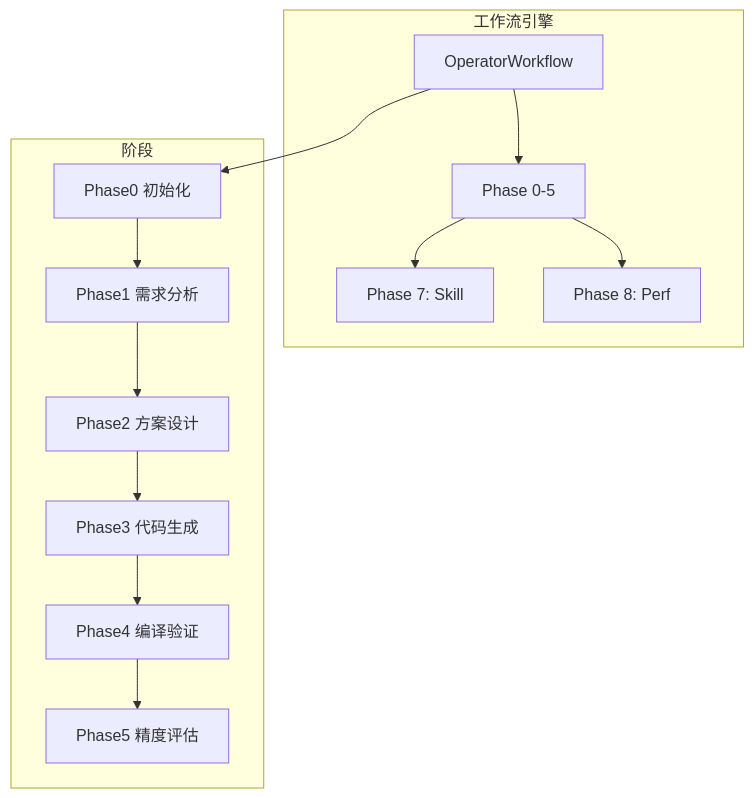
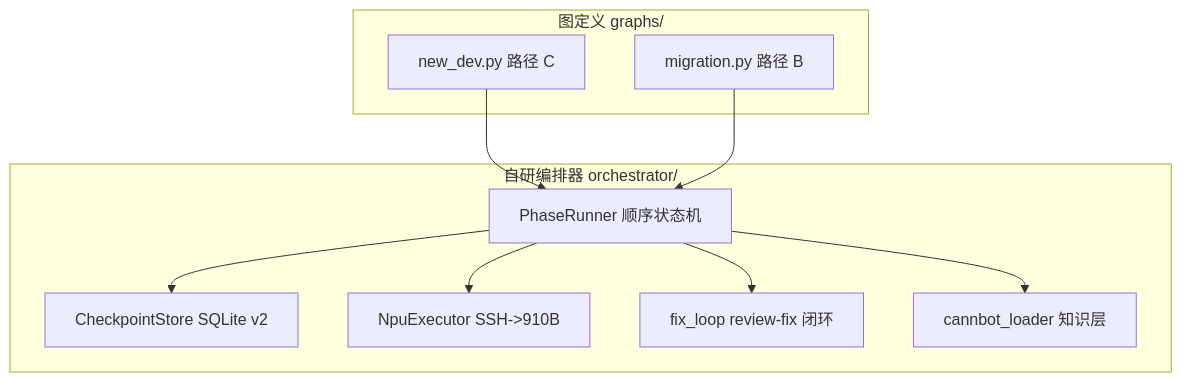
The diagram in docs/modules/workflow.md (SimmerChan/ascend_op_agent), drawn with Mermaid before and after one commit. The commit also changed other lines of this file and 20 other files, not shown here.

````diff
--- a/docs/modules/workflow.md
+++ b/docs/modules/workflow.md
@@ -25,24 +41,22 @@
 ```mermaid
 graph TB
-    subgraph Workflow["工作流引擎"]
-        A[OperatorWorkflow] --> B[Phase 0-5]
-        B --> C[Phase 7: Skill]
-        B --> D[Phase 8: Perf]
+    subgraph Orchestrator["自研编排器 orchestrator/"]
+        PR[PhaseRunner 顺序状态机]
+        CS[CheckpointStore SQLite v2]
+        NE[NpuExecutor SSH->910B]
+        FL[fix_loop review-fix 闭环]
+        CL[cannbot_loader 知识层]
     end
 
-    subgraph Phases["阶段"]
-        E[Phase0 初始化]
-        F[Phase1 需求分析]
-        G[Phase2 方案设计]
-        H[Phase3 代码生成]
-        I[Phase4 编译验证]
-        J[Phase5 精度评估]
+    subgraph Graphs["图定义 graphs/"]
+        ND[new_dev.py 路径 C]
+        MG[migration.py 路径 B]
     end
 
-    A --> E
-    E --> F
-    F --> G
-    G --> H
-    H --> I
-    I --> J
+    PR --> CS
+    PR --> NE
+    PR --> FL
+    PR --> CL
+    ND --> PR
+    MG --> PR
 ```
````
